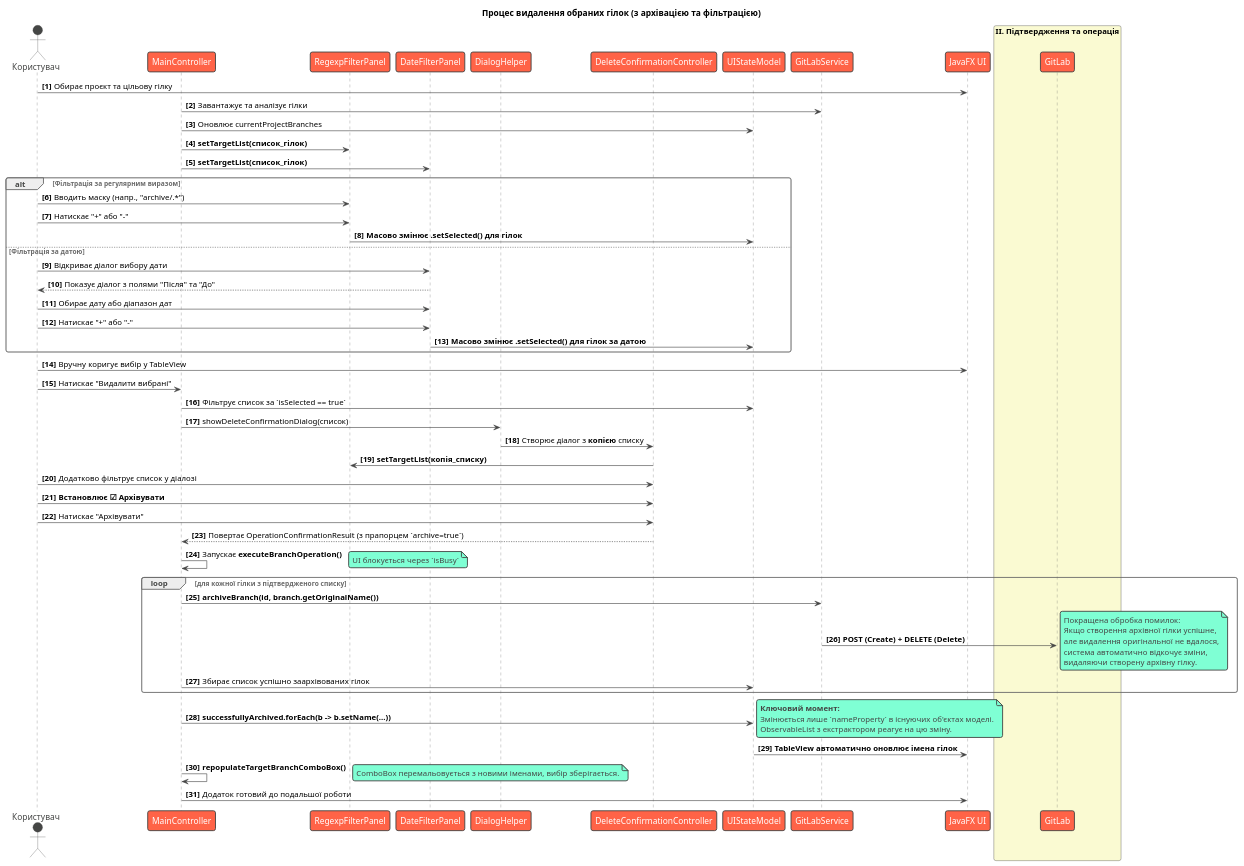
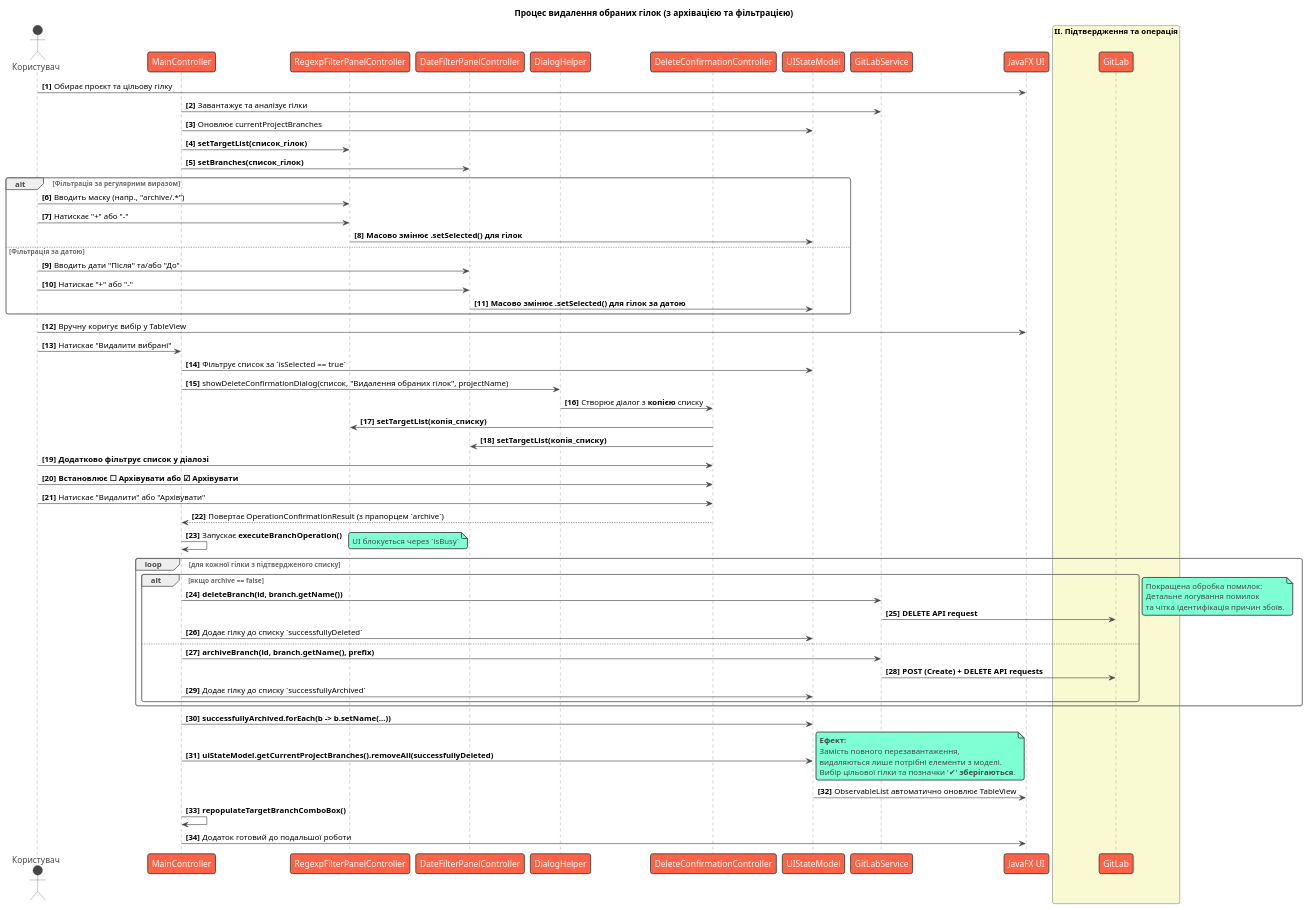
The diagram in src/main/docs/delete_selected.puml (pashkazp/gitlaberfx), drawn with PlantUML before and after one commit. The commit also changed 2 other files, not shown here.

Commit message:
Refactor UML diagrams and improve branch management workflows
- Update UML diagrams to reflect new components (`DatePickerController`, `RegexpFilterPanelController`, `DateFilterPanelController`) and integration within branch deletion workflows.
- Replace `DateSelectorController` with `DatePickerController` for enhanced date selection and simplified logic.
- Introduce combined regex and date filtering in delete confirmation dialogs.
- Streamline archival and deletion processes with improved error handling and UI responsiveness.

```diff
--- a/src/main/docs/delete_selected.puml
+++ b/src/main/docs/delete_selected.puml
@@ -1,82 +1,86 @@
 @startuml
 !theme vibrant
 title Процес видалення обраних гілок (з архівацією та фільтрацією)
 
 actor Користувач as User
 participant "MainController" as Controller
-participant "RegexpFilterPanel" as RegexpFilter
-participant "DateFilterPanel" as DateFilter
+participant "RegexpFilterPanelController" as RegexpFilter
+participant "DateFilterPanelController" as DateFilter
 participant "DialogHelper" as Helper
 participant "DeleteConfirmationController" as Dialog
 participant "UIStateModel" as Model
 participant "GitLabService" as Service
 participant "JavaFX UI" as UI
 
 autonumber "<b>[0]"
 
 box "I. Підготовка та вибір" #LightCyan
     User -> UI: Обирає проєкт та цільову гілку
     Controller -> Service: Завантажує та аналізує гілки
     Controller -> Model: Оновлює currentProjectBranches
     Controller -> RegexpFilter: **setTargetList(список_гілок)**
-    Controller -> DateFilter: **setTargetList(список_гілок)**
+    Controller -> DateFilter: **setBranches(список_гілок)**
 
     alt Фільтрація за регулярним виразом
         User -> RegexpFilter: Вводить маску (напр., "archive/.*")
         User -> RegexpFilter: Натискає "+" або "-"
         RegexpFilter -> Model: **Масово змінює .setSelected() для гілок**
     else Фільтрація за датою
-        User -> DateFilter: Відкриває діалог вибору дати
-        DateFilter --> User: Показує діалог з полями "Після" та "До"
-        User -> DateFilter: Обирає дату або діапазон дат
+        User -> DateFilter: Вводить дати "Після" та/або "До"
         User -> DateFilter: Натискає "+" або "-"
         DateFilter -> Model: **Масово змінює .setSelected() для гілок за датою**
     end
 
     User -> UI: Вручну коригує вибір у TableView
 end box
 
 box "II. Підтвердження та операція" #LightGoldenRodYellow
     User -> Controller: Натискає "Видалити вибрані"
     Controller -> Model: Фільтрує список за `isSelected == true`
-    Controller -> Helper: showDeleteConfirmationDialog(список)
+    Controller -> Helper: showDeleteConfirmationDialog(список, "Видалення обраних гілок", projectName)
     Helper -> Dialog: Створює діалог з **копією** списку
     Dialog -> RegexpFilter: **setTargetList(копія_списку)**
+    Dialog -> DateFilter: **setTargetList(копія_списку)**
 
-    User -> Dialog: Додатково фільтрує список у діалозі
-    User -> Dialog: **Встановлює ☑ Архівувати**
-    User -> Dialog: Натискає "Архівувати"
-    Dialog --> Controller: Повертає OperationConfirmationResult (з прапорцем `archive=true`)
+    User -> Dialog: **Додатково фільтрує список у діалозі**
+    User -> Dialog: **Встановлює ☐ Архівувати або ☑ Архівувати**
+    User -> Dialog: Натискає "Видалити" або "Архівувати"
+    Dialog --> Controller: Повертає OperationConfirmationResult (з прапорцем `archive`)
 
     Controller -> Controller: Запускає **executeBranchOperation()**
     note right: UI блокується через `isBusy`
     loop для кожної гілки з підтвердженого списку
-        Controller -> Service: **archiveBranch(id, branch.getOriginalName())**
-        Service -> GitLab: **POST (Create) + DELETE (Delete)**
+        alt якщо archive == false
+            Controller -> Service: **deleteBranch(id, branch.getName())**
+            Service -> GitLab: **DELETE API request**
+            Controller -> Model: Додає гілку до списку `successfullyDeleted`
+        else
+            Controller -> Service: **archiveBranch(id, branch.getName(), prefix)**
+            Service -> GitLab: **POST (Create) + DELETE API requests**
+            Controller -> Model: Додає гілку до списку `successfullyArchived`
+        end
         note right
             Покращена обробка помилок:
-            Якщо створення архівної гілки успішне,
-            але видалення оригінальної не вдалося,
-            система автоматично відкочує зміни,
-            видаляючи створену архівну гілку.
+            Детальне логування помилок
+            та чітка ідентифікація причин збоїв.
         end note
-        Controller -> Model: Збирає список успішно заархівованих гілок
     end
 end box
 
 box "III. Елегантне оновлення UI" #LightGreen
     Controller -> Model: **successfullyArchived.forEach(b -> b.setName(...))**
+    Controller -> Model: **uiStateModel.getCurrentProjectBranches().removeAll(successfullyDeleted)**
     note right
-        **Ключовий момент:**
-        Змінюється лише `nameProperty` в існуючих об'єктах моделі.
-        ObservableList з екстрактором реагує на цю зміну.
+        **Ефект:**
+        Замість повного перезавантаження,
+        видаляються лише потрібні елементи з моделі.
+        Вибір цільової гілки та позначки '✔' **зберігаються**.
     end note
 
-    Model -> UI: **TableView автоматично оновлює імена гілок**
+    Model -> UI: ObservableList автоматично оновлює TableView
     Controller -> Controller: **repopulateTargetBranchComboBox()**
-    note right: ComboBox перемальовується з новими іменами, вибір зберігається.
 
     Controller -> UI: Додаток готовий до подальшої роботи
 end box
 
 @enduml
```
